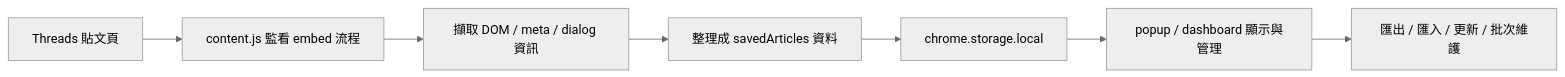
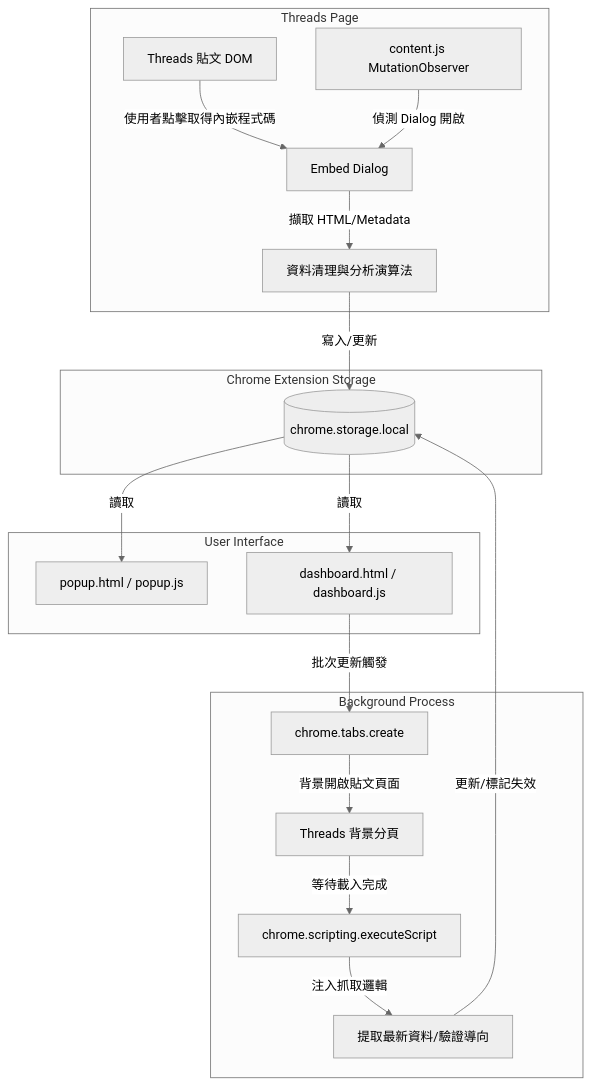
One commit to Scorpio-meow/Threads-embedded-code changed the diagram in README.md. Above: the diagram before and after it, drawn with Mermaid (neutral theme). The commit also changed other lines of this file and 5 other files, not shown here.

````diff
--- a/README.md
+++ b/README.md
@@ -156,9 +78,25 @@
 ```mermaid
-flowchart LR
-   A[Threads 貼文頁] --> B[content.js 監看 embed 流程]
-   B --> C[擷取 DOM / meta / dialog 資訊]
-   C --> D[整理成 savedArticles 資料]
-   D --> E[chrome.storage.local]
-   E --> F[popup / dashboard 顯示與管理]
-   F --> G[匯出 / 匯入 / 更新 / 批次維護]
+flowchart TD
+    subgraph Threads Page
+        A[Threads 貼文 DOM] -->|使用者點擊取得內嵌程式碼| B[Embed Dialog]
+        C[content.js MutationObserver] -->|偵測 Dialog 開啟| B
+        B -->|擷取 HTML/Metadata| D[資料清理與分析演算法]
+    end
+
+    subgraph Chrome Extension Storage
+        D -->|寫入/更新| E[(chrome.storage.local)]
+    end
+
+    subgraph User Interface
+        E -->|讀取| F[popup.html / popup.js]
+        E -->|讀取| G[dashboard.html / dashboard.js]
+    end
+
+    subgraph Background Process
+        G -->|批次更新觸發| H[chrome.tabs.create]
+        H -->|背景開啟貼文頁面| I[Threads 背景分頁]
+        I -->|等待載入完成| J[chrome.scripting.executeScript]
+        J -->|注入抓取邏輯| K[提取最新資料/驗證導向]
+        K -->|更新/標記失效| E
+    end
 ```
````
